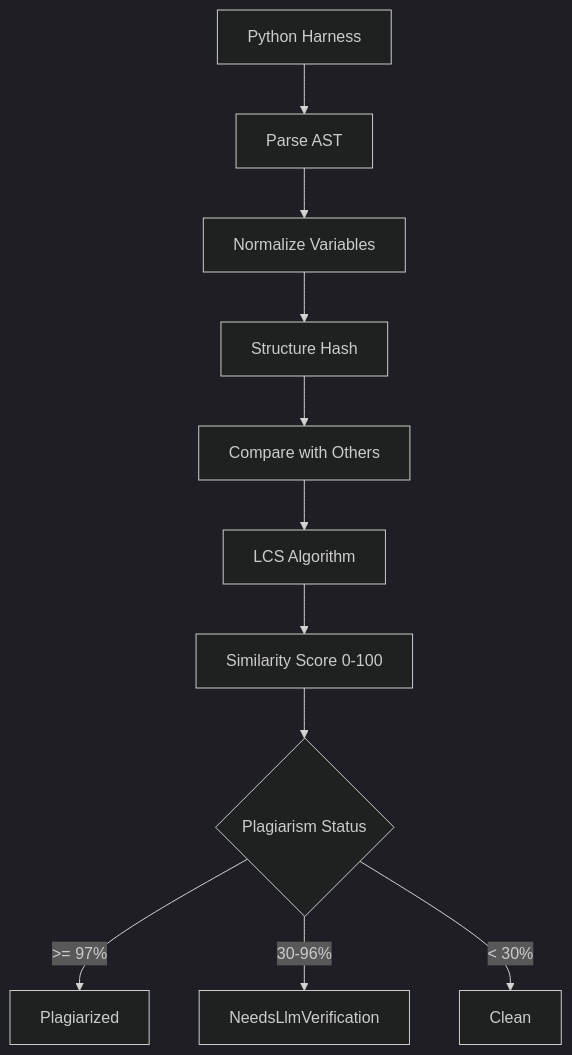
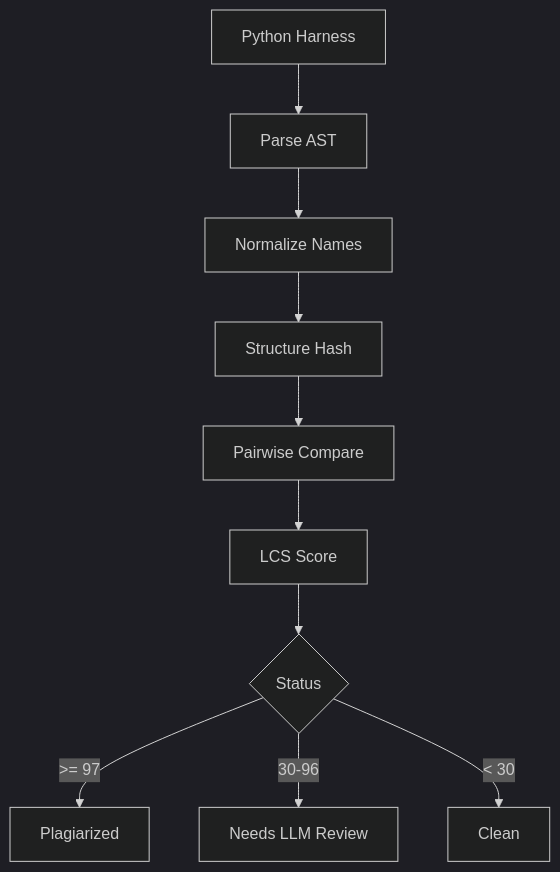
One commit to PlatformNetwork/data-fabrication changed the third of 3 diagrams in README.md. Above: the diagram before and after it, drawn with Mermaid (dark theme). The commit also changed other lines of this file and 90 other files, not shown here.

````diff
--- a/README.md
+++ b/README.md
@@ -76,13 +82,12 @@
 ```mermaid
 flowchart TB
     Code[Python Harness] --> Parse[Parse AST]
-    Parse --> Normalize[Normalize Variables]
+    Parse --> Normalize[Normalize Names]
     Normalize --> Hash[Structure Hash]
-    Hash --> Compare[Compare with Others]
-    Compare --> LCS[LCS Algorithm]
-    LCS --> Score[Similarity Score 0-100]
-    Score --> Status{Plagiarism Status}
-    Status -->|>= 97%| Plagiarized[Plagiarized]
-    Status -->|30-96%| NeedsLLM[NeedsLlmVerification]
-    Status -->|< 30%| Clean[Clean]
+    Hash --> Compare[Pairwise Compare]
+    Compare --> LCS[LCS Score]
+    LCS --> Status{Status}
+    Status -->|>= 97| Plagiarized[Plagiarized]
+    Status -->|30-96| Review[Needs LLM Review]
+    Status -->|< 30| Clean[Clean]
 ```
````
